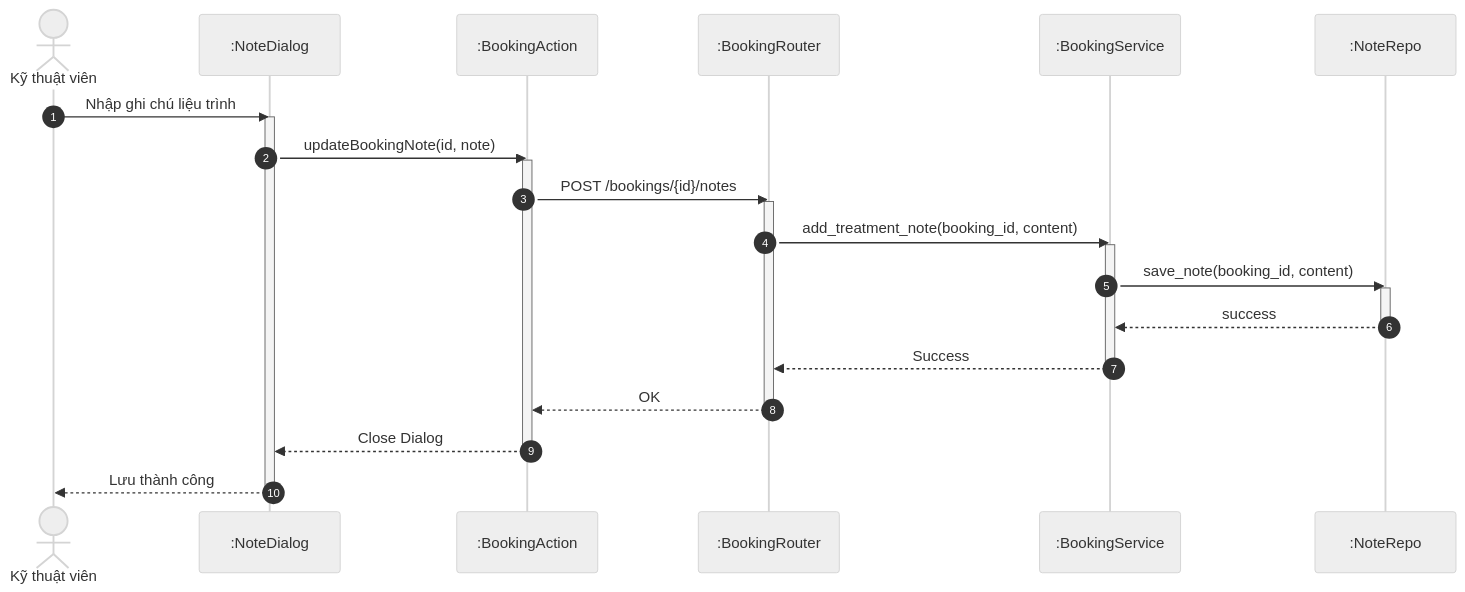
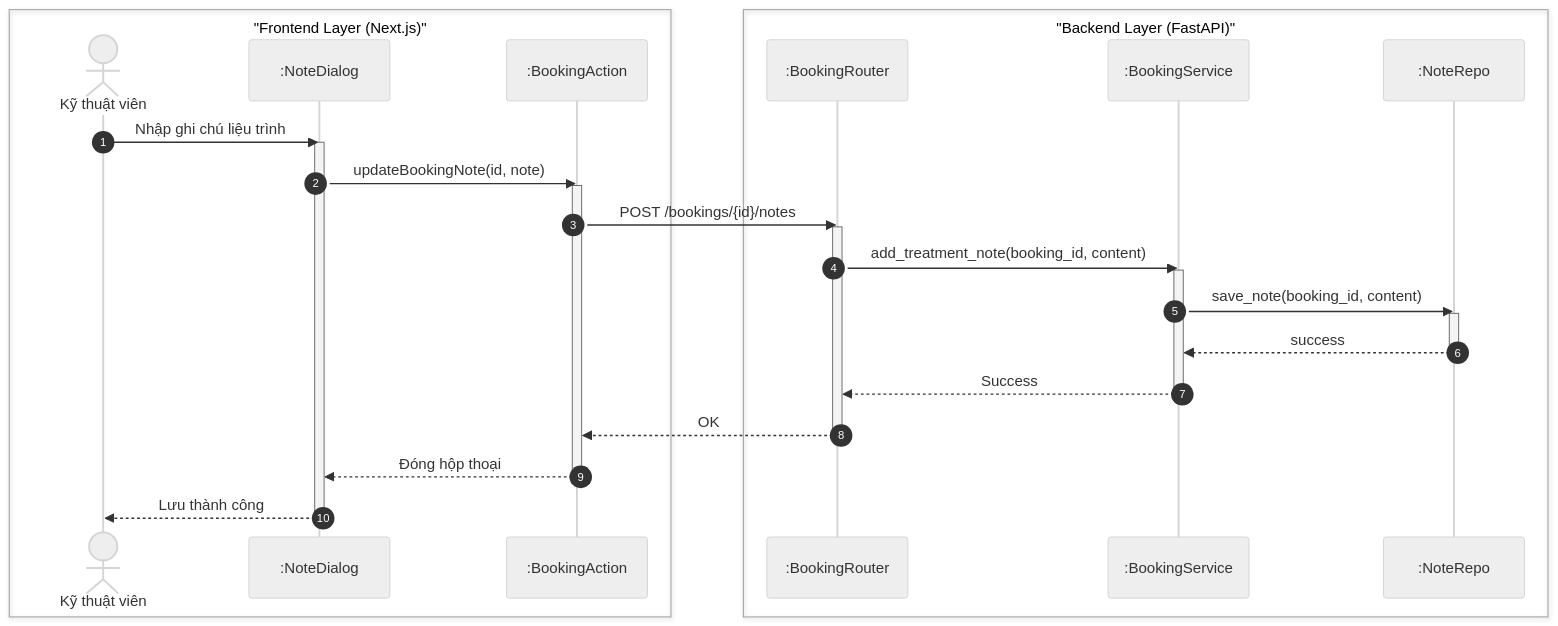
Before and after one commit to ngoctinn/Synapse: the second of 2 diagrams in docs/design/sequences/technician_flows.md, drawn with Mermaid (neutral theme). The commit also changed other lines of this file and 4 other files, not shown here.

Commit message:
docs: Add initial sequence diagrams for authentication, customer, technician, receptionist, and admin flows.

````diff
--- a/docs/design/sequences/technician_flows.md
+++ b/docs/design/sequences/technician_flows.md
@@ -70,38 +75,43 @@
 ```mermaid
 sequenceDiagram
     autonumber
-    actor KTV as Kỹ thuật viên
-    participant UI as :NoteDialog
-    participant BFF as :BookingAction
-    participant API as :BookingRouter
-    participant S as :BookingService
-    participant DB as :NoteRepo
+    box "Frontend Layer (Next.js)"
+        actor KTV as Kỹ thuật viên
+        participant UI as :NoteDialog
+        participant BFF as :BookingAction
+    end
+
+    box "Backend Layer (FastAPI)"
+        participant API as :BookingRouter
+        participant S as :BookingService
+        participant DB as :NoteRepo
+    end
 
     KTV->>UI: Nhập ghi chú liệu trình
     activate UI
     UI->>BFF: updateBookingNote(id, note)
     activate BFF
 
     BFF->>API: POST /bookings/{id}/notes
     activate API
 
     API->>S: add_treatment_note(booking_id, content)
     activate S
 
     S->>DB: save_note(booking_id, content)
     activate DB
     DB-->>S: success
     deactivate DB
 
     S-->>API: Success
     deactivate S
 
     API-->>BFF: OK
     deactivate API
 
-    BFF-->>UI: Close Dialog
+    BFF-->>UI: Đóng hộp thoại
     deactivate BFF
 
     UI-->>KTV: Lưu thành công
     deactivate UI
 ```
````
